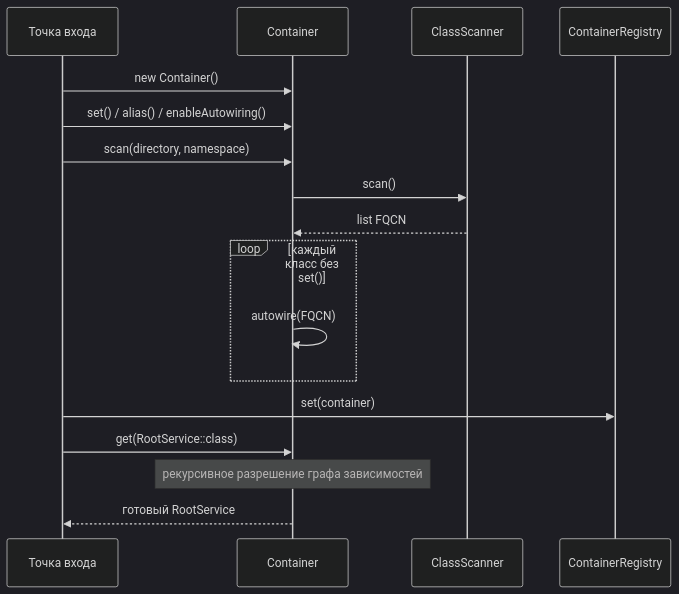
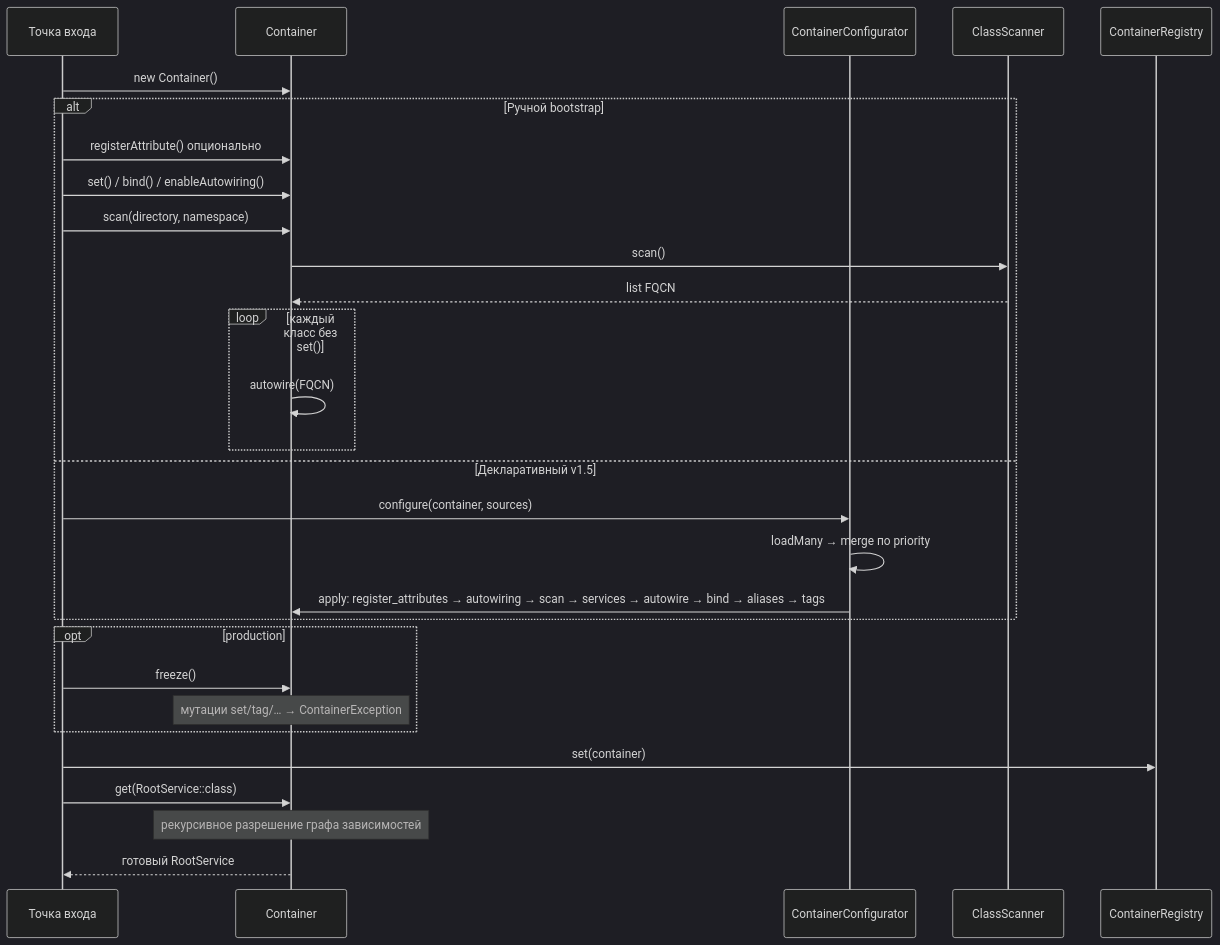
Before and after one commit to cloudcastle-apps/di: the second of 22 diagrams in wiki/Architecture.md, drawn with Mermaid (dark theme). The commit also changed other lines of this file and 92 other files, not shown here.

First line of the commit message:
feat: ContainerConfigurator и registerAttribute (v1.5.0)

````diff
--- a/wiki/Architecture.md
+++ b/wiki/Architecture.md
@@ -85,20 +116,32 @@
 ```mermaid
 sequenceDiagram
     participant App as Точка входа
     participant C as Container
+    participant CC as ContainerConfigurator
     participant CS as ClassScanner
     participant CR as ContainerRegistry
 
     App->>C: new Container()
-    App->>C: set() / alias() / enableAutowiring()
-    App->>C: scan(directory, namespace)
-    C->>CS: scan()
-    CS-->>C: list FQCN
-    loop каждый класс без set()
-        C->>C: autowire(FQCN)
+    alt Ручной bootstrap
+        App->>C: registerAttribute() опционально
+        App->>C: set() / bind() / enableAutowiring()
+        App->>C: scan(directory, namespace)
+        C->>CS: scan()
+        CS-->>C: list FQCN
+        loop каждый класс без set()
+            C->>C: autowire(FQCN)
+        end
+    else Декларативный v1.5
+        App->>CC: configure(container, sources)
+        CC->>CC: loadMany → merge по priority
+        CC->>C: apply: register_attributes → autowiring → scan → services → autowire → bind → aliases → tags
+    end
+    opt production
+        App->>C: freeze()
+        Note over C: мутации set/tag/… → ContainerException
     end
     App->>CR: set(container)
     App->>C: get(RootService::class)
     Note over C: рекурсивное разрешение графа зависимостей
     C-->>App: готовый RootService
 ```
````
